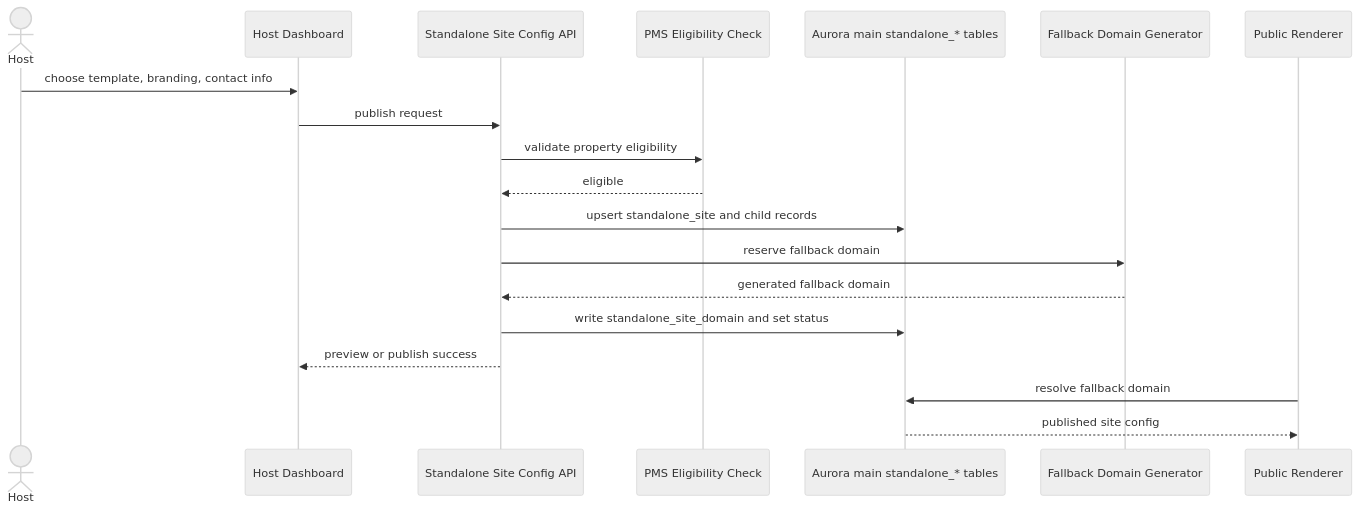
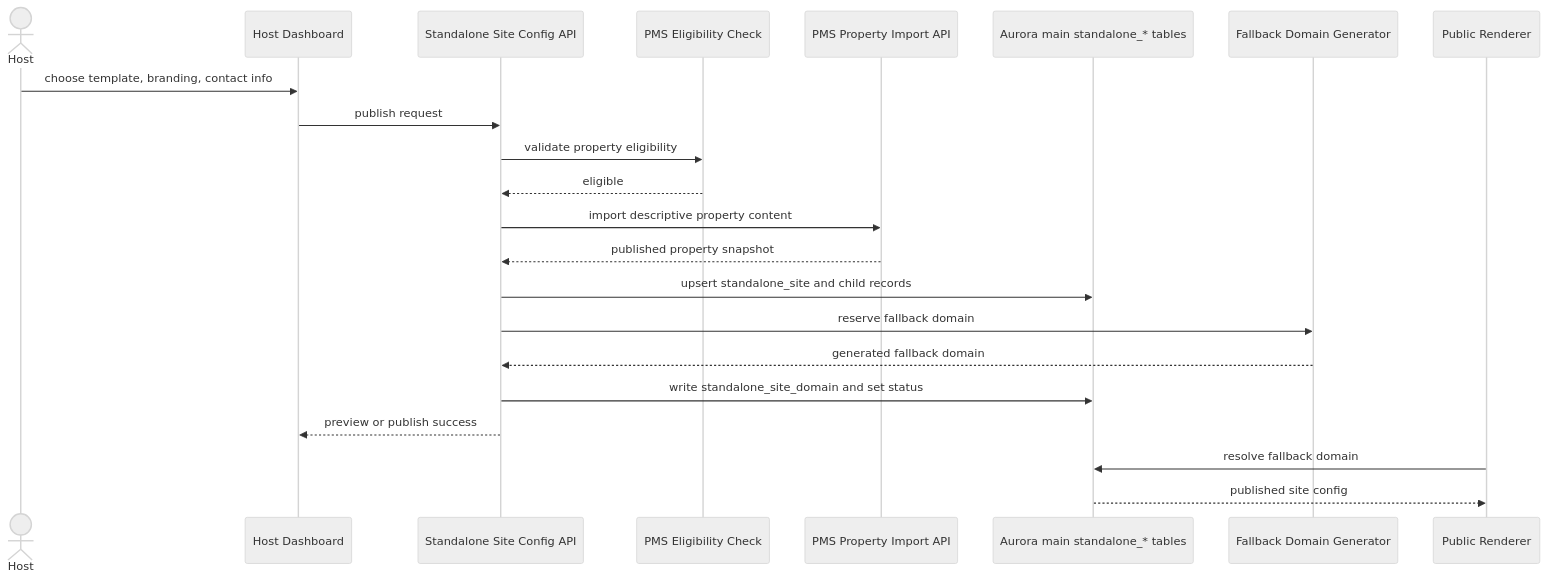
One commit to domits1/Domits changed the fifth of 8 diagrams in docs/internal/apis/directbookingwebsite/standalone_property_site_design_pack.md. Above: the diagram before and after it, drawn with Mermaid (neutral theme). The commit also changed other lines of this file and 2 other files, not shown here.

Commit message:
docs(standalone-site): align v1 architecture docs with published snapshots and english-first locale

````diff
--- a/docs/internal/apis/directbookingwebsite/standalone_property_site_design_pack.md
+++ b/docs/internal/apis/directbookingwebsite/standalone_property_site_design_pack.md
@@ -806,22 +819,25 @@
 ```mermaid
 sequenceDiagram
     actor Host
     participant Dashboard as Host Dashboard
     participant ConfigAPI as Standalone Site Config API
     participant PMS as PMS Eligibility Check
+    participant PMSImport as PMS Property Import API
     participant DB as Aurora main standalone_* tables
     participant Domain as Fallback Domain Generator
     participant Renderer as Public Renderer
 
     Host->>Dashboard: choose template, branding, contact info
     Dashboard->>ConfigAPI: publish request
     ConfigAPI->>PMS: validate property eligibility
     PMS-->>ConfigAPI: eligible
+    ConfigAPI->>PMSImport: import descriptive property content
+    PMSImport-->>ConfigAPI: published property snapshot
     ConfigAPI->>DB: upsert standalone_site and child records
     ConfigAPI->>Domain: reserve fallback domain
     Domain-->>ConfigAPI: generated fallback domain
     ConfigAPI->>DB: write standalone_site_domain and set status
     ConfigAPI-->>Dashboard: preview or publish success
     Renderer->>DB: resolve fallback domain
     DB-->>Renderer: published site config
 ```
````
